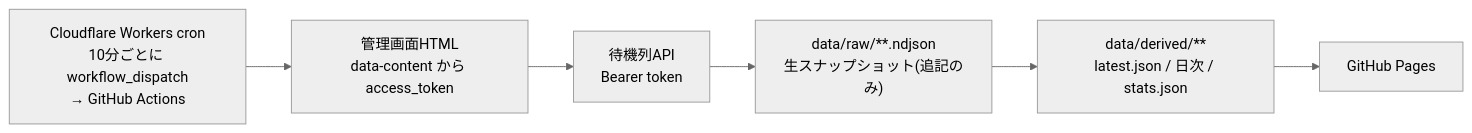
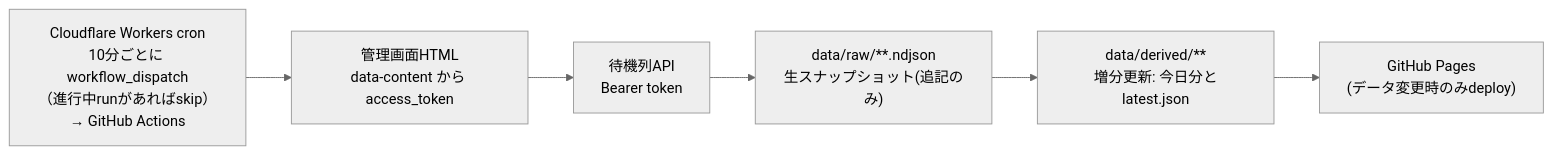
Before and after one commit to bonjinnorenka/queue-observer-jp: the diagram in README.md, drawn with Mermaid (neutral theme). The commit also changed other lines of this file, not shown here.

````diff
--- a/README.md
+++ b/README.md
@@ -17,8 +17,8 @@
 ```mermaid
 flowchart LR
-  cron["Cloudflare Workers cron<br/>10分ごとに workflow_dispatch<br/>→ GitHub Actions"] --> admin["管理画面HTML<br/>data-content から access_token"]
+  cron["Cloudflare Workers cron<br/>10分ごとに workflow_dispatch<br/>（進行中runがあればskip）<br/>→ GitHub Actions"] --> admin["管理画面HTML<br/>data-content から access_token"]
   admin --> api["待機列API<br/>Bearer token"]
   api --> raw["data/raw/**.ndjson<br/>生スナップショット(追記のみ)"]
-  raw --> derived["data/derived/**<br/>latest.json / 日次 / stats.json"]
-  derived --> pages["GitHub Pages"]
+  raw --> derived["data/derived/**<br/>増分更新: 今日分とlatest.json"]
+  derived --> pages["GitHub Pages<br/>(データ変更時のみdeploy)"]
 ```
````
